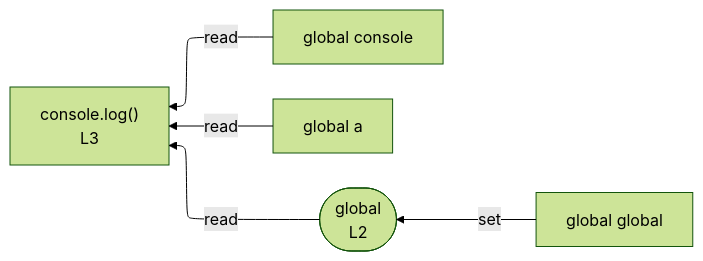
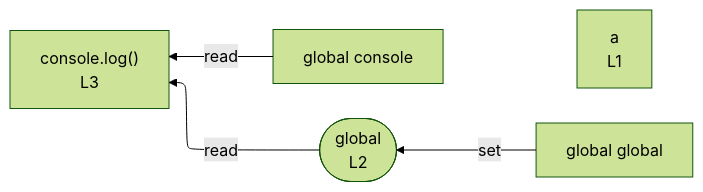
One commit to crescware/unsnarl changed the diagram in integration/fixtures/declaration/var/with-implicit-global-and-read/preview.md. Above: the diagram before and after it, drawn with Mermaid (forest theme). The commit also changed other lines of this file and 38 other files, not shown here.

First line of the commit message:
Capture var declarations in IR while keeping them out of graph edges

````diff
--- a/integration/fixtures/declaration/var/with-implicit-global-and-read/preview.md
+++ b/integration/fixtures/declaration/var/with-implicit-global-and-read/preview.md
@@ -13,13 +19,12 @@
 ```mermaid
 %%{init: {"flowchart": {"defaultRenderer": "elk"}}}%%
 flowchart RL
+  n_scope_0_a_4["a<br/>L1"]
   n_scope_0_global_11["global global"]
   n_scope_0_console_23["global console"]
-  n_scope_0_a_35["global a"]
   wr_ref_0(["global<br/>L2"])
   n_scope_0_global_11 -->|set| wr_ref_0
   n_scope_0_console_23 -->|read| expr_stmt_23
-  n_scope_0_a_35 -->|read| expr_stmt_23
   wr_ref_0 -->|read| expr_stmt_23
   expr_stmt_23["console.log()<br/>L3"]
 ```
````
